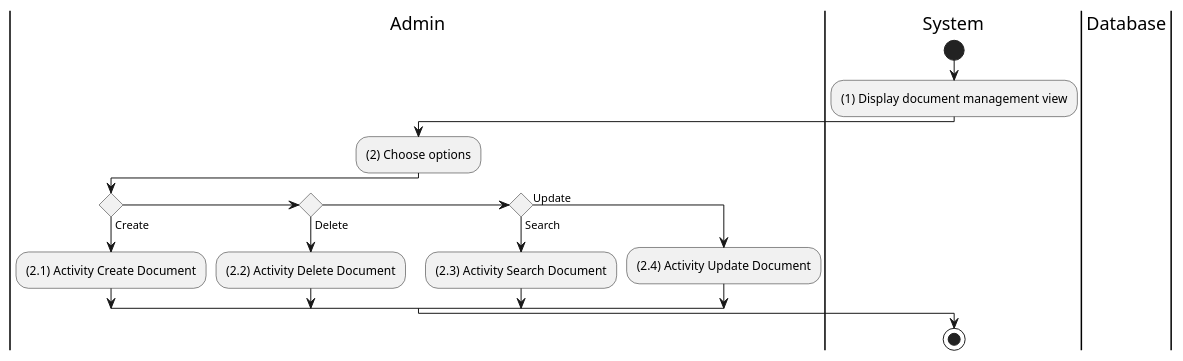
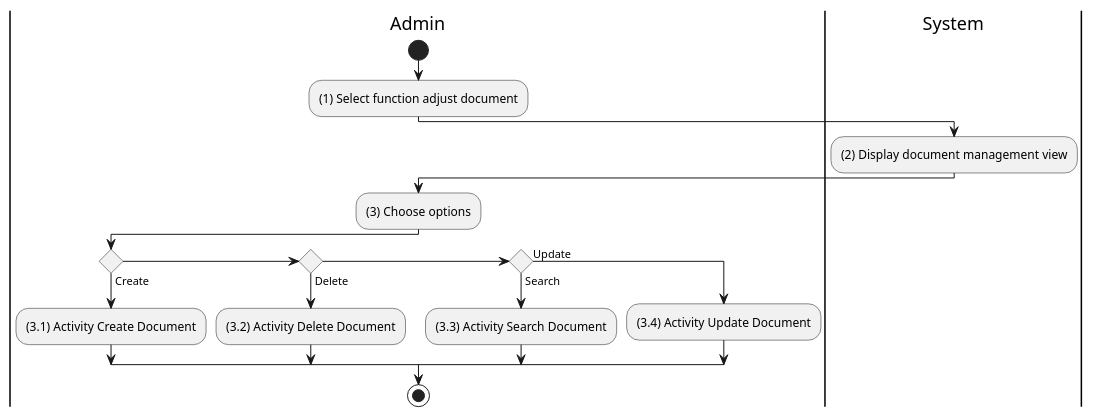
Before and after one commit to electricilies/electricilies.github.io: the diagram in docs/software-docs/activity/adjust-document/adjust-document.md, drawn with PlantUML. The commit also changed 47 other files, not shown here.

````diff
--- a/docs/software-docs/activity/adjust-document/adjust-document.md
+++ b/docs/software-docs/activity/adjust-document/adjust-document.md
@@ -3,26 +3,25 @@
 ```plantuml
 @startuml
 |A|Admin
 |S|System
-|D|Database
-
-|S|
-start
-:(1) Display document management view;
 
 |A|
-:(2) Choose options;
+start
+:(1) Select function adjust document;
+|S|
+:(2) Display document management view;
+|A|
+:(3) Choose options;
 if () then (Create)
-  :(2.1) Activity Create Document;
+  :(3.1) Activity Create Document;
 elseif () then (Delete)
-  :(2.2) Activity Delete Document;
+  :(3.2) Activity Delete Document;
 elseif () then (Search)
-  :(2.3) Activity Search Document;
+  :(3.3) Activity Search Document;
 else (Update)
-  :(2.4) Activity Update Document;
+  :(3.4) Activity Update Document;
 endif
-
-|S|
+|A|
 stop
 @enduml
 ```
````
